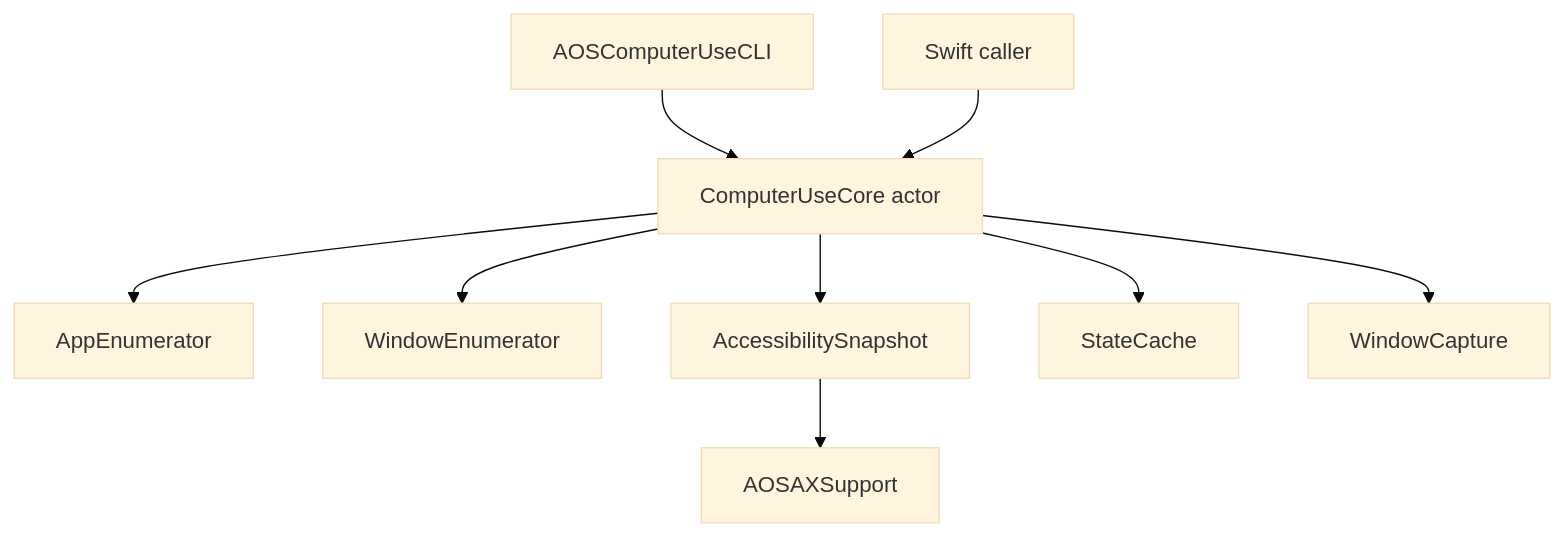
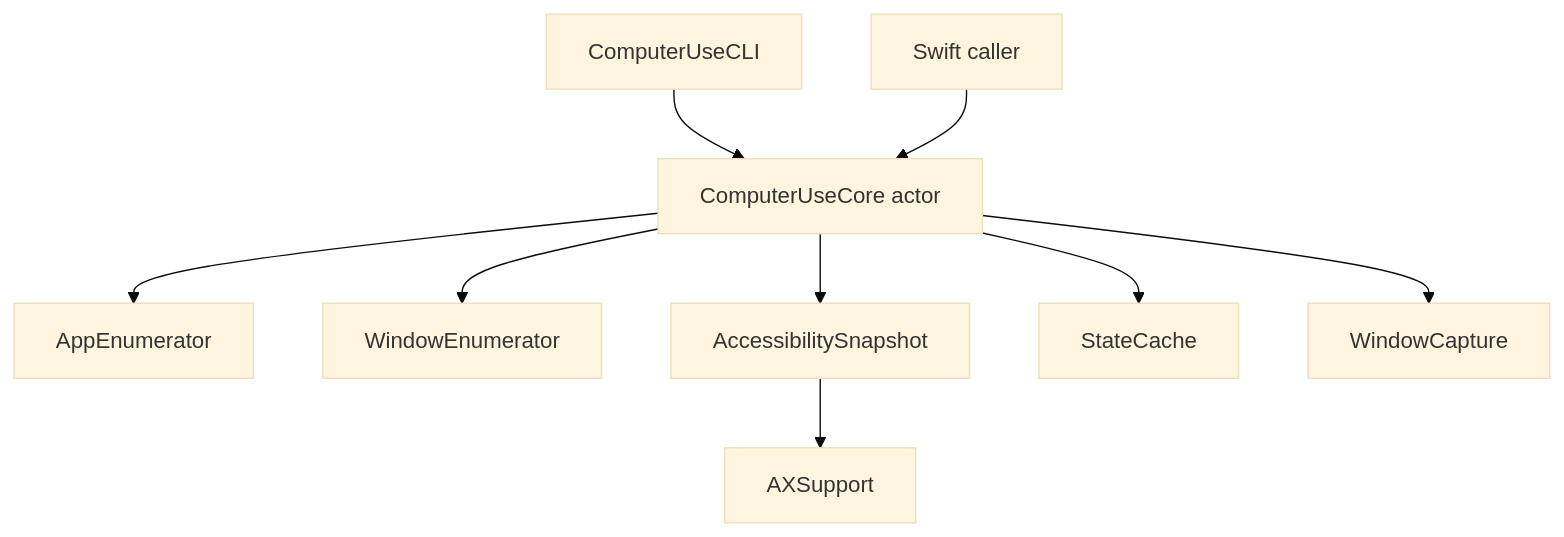
One commit to Puggo1145/AOS changed the diagram in docs/designs/computer-use.md. Above: the diagram before and after it, drawn with Mermaid (base theme). The commit also changed other lines of this file and 409 other files, not shown here.

````diff
--- a/docs/designs/computer-use.md
+++ b/docs/designs/computer-use.md
@@ -255,11 +255,11 @@
 ```mermaid
 flowchart TD
-  CLI["AOSComputerUseCLI"] --> Service
+  CLI["ComputerUseCLI"] --> Service
   Caller["Swift caller"] --> Service["ComputerUseCore actor"]
   Service --> Apps["AppEnumerator"]
   Service --> Windows["WindowEnumerator"]
   Service --> Snapshot["AccessibilitySnapshot"]
   Service --> Cache["StateCache"]
   Service --> Capture["WindowCapture"]
-  Snapshot --> AXSupport["AOSAXSupport"]
+  Snapshot --> AXSupport["AXSupport"]
 ```
````
